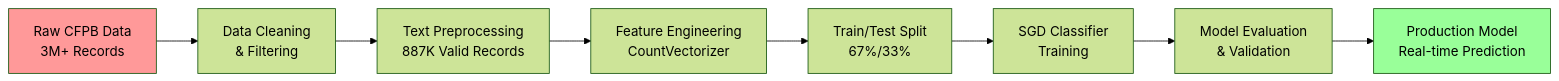
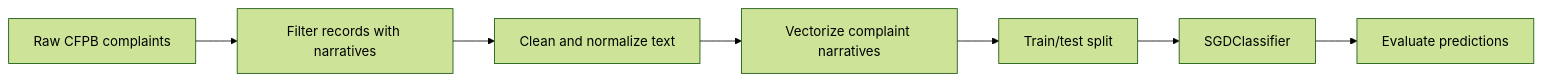
Before and after one commit to LukeOpany/consumer_complaints_classification-: the diagram in README.md, drawn with Mermaid (forest theme). The commit also changed other lines of this file, not shown here.

````diff
--- a/README.md
+++ b/README.md
@@ -46,13 +34,9 @@
 ```mermaid
-graph LR
-    A[Raw CFPB Data<br/>3M+ Records] --> B[Data Cleaning<br/>& Filtering]
-    B --> C[Text Preprocessing<br/>887K Valid Records]
-    C --> D[Feature Engineering<br/>CountVectorizer]
-    D --> E[Train/Test Split<br/>67%/33%]
-    E --> F[SGD Classifier<br/>Training]
-    F --> G[Model Evaluation<br/>& Validation]
-    G --> H[Production Model<br/>Real-time Prediction]
-    
-    style A fill:#ff9999
-    style H fill:#99ff99
+flowchart LR
+    A[Raw CFPB complaints] --> B[Filter records with narratives]
+    B --> C[Clean and normalize text]
+    C --> D[Vectorize complaint narratives]
+    D --> E[Train/test split]
+    E --> F[SGDClassifier]
+    F --> G[Evaluate predictions]
 ```
````
